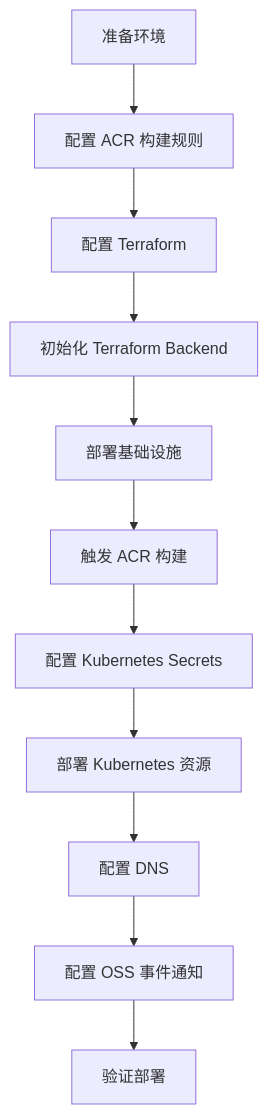
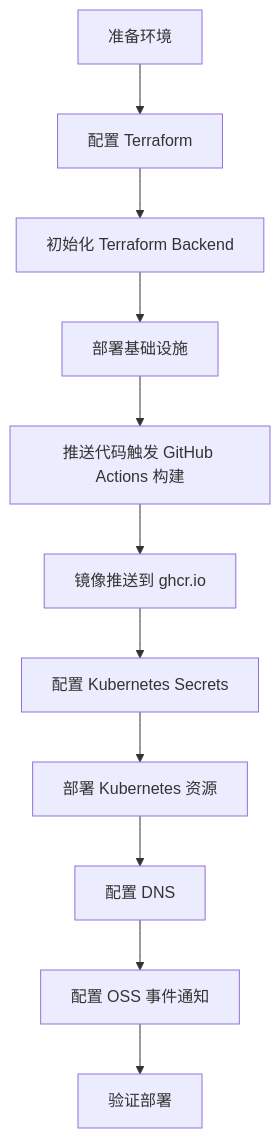
Before and after one commit to getsyntegrity/knowhere: the diagram in deploy/DEPLOYMENT_ALIYUN.md, drawn with Mermaid. The commit also changed other lines of this file and 7 other files, not shown here.

````diff
--- a/deploy/DEPLOYMENT_ALIYUN.md
+++ b/deploy/DEPLOYMENT_ALIYUN.md
@@ -96,13 +95,13 @@
 ```mermaid
 graph TD
-    A[准备环境] --> B[配置 ACR 构建规则]
-    B --> C[配置 Terraform]
-    C --> D[初始化 Terraform Backend]
-    D --> E[部署基础设施]
-    E --> F[触发 ACR 构建]
+    A[准备环境] --> B[配置 Terraform]
+    B --> C[初始化 Terraform Backend]
+    C --> D[部署基础设施]
+    D --> E[推送代码触发 GitHub Actions 构建]
+    E --> F[镜像推送到 ghcr.io]
     F --> G[配置 Kubernetes Secrets]
     G --> H[部署 Kubernetes 资源]
     H --> I[配置 DNS]
     I --> J[配置 OSS 事件通知]
     J --> K[验证部署]
 ```
````
